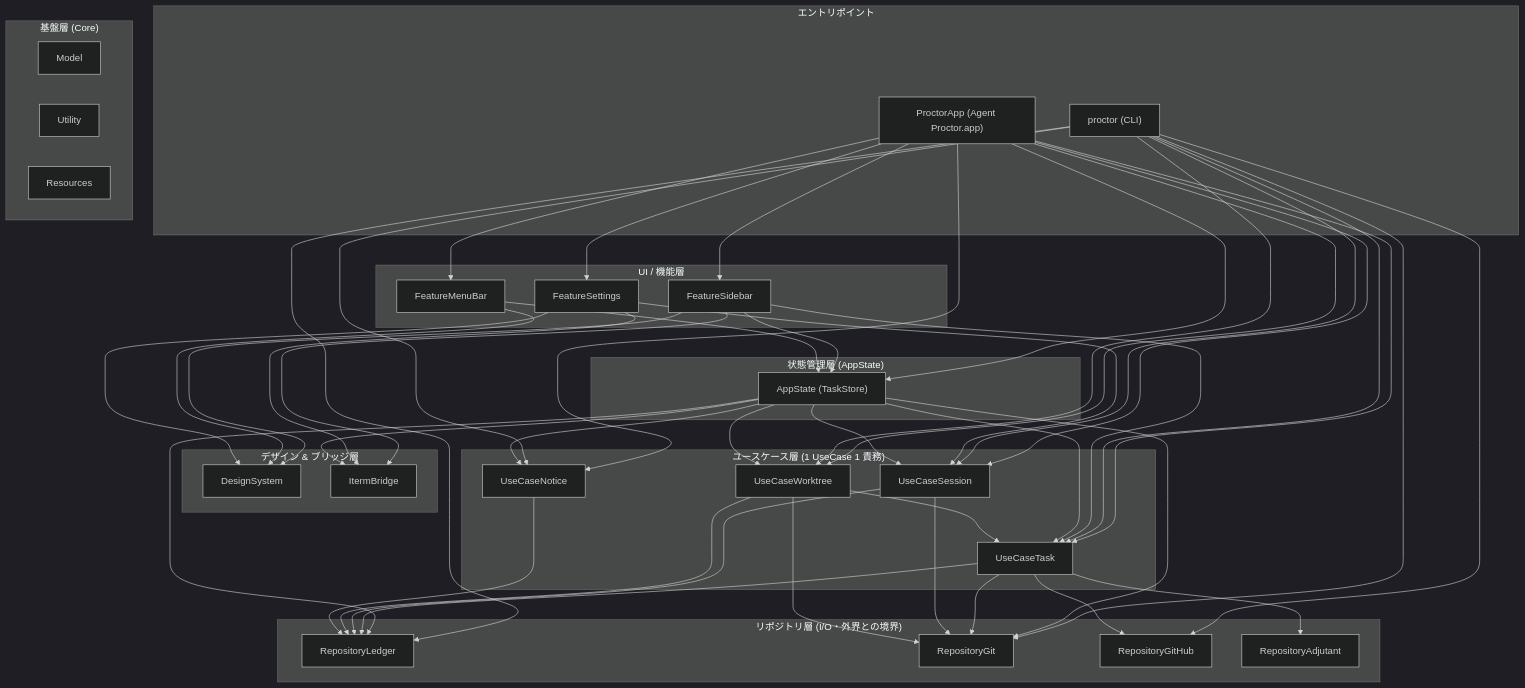
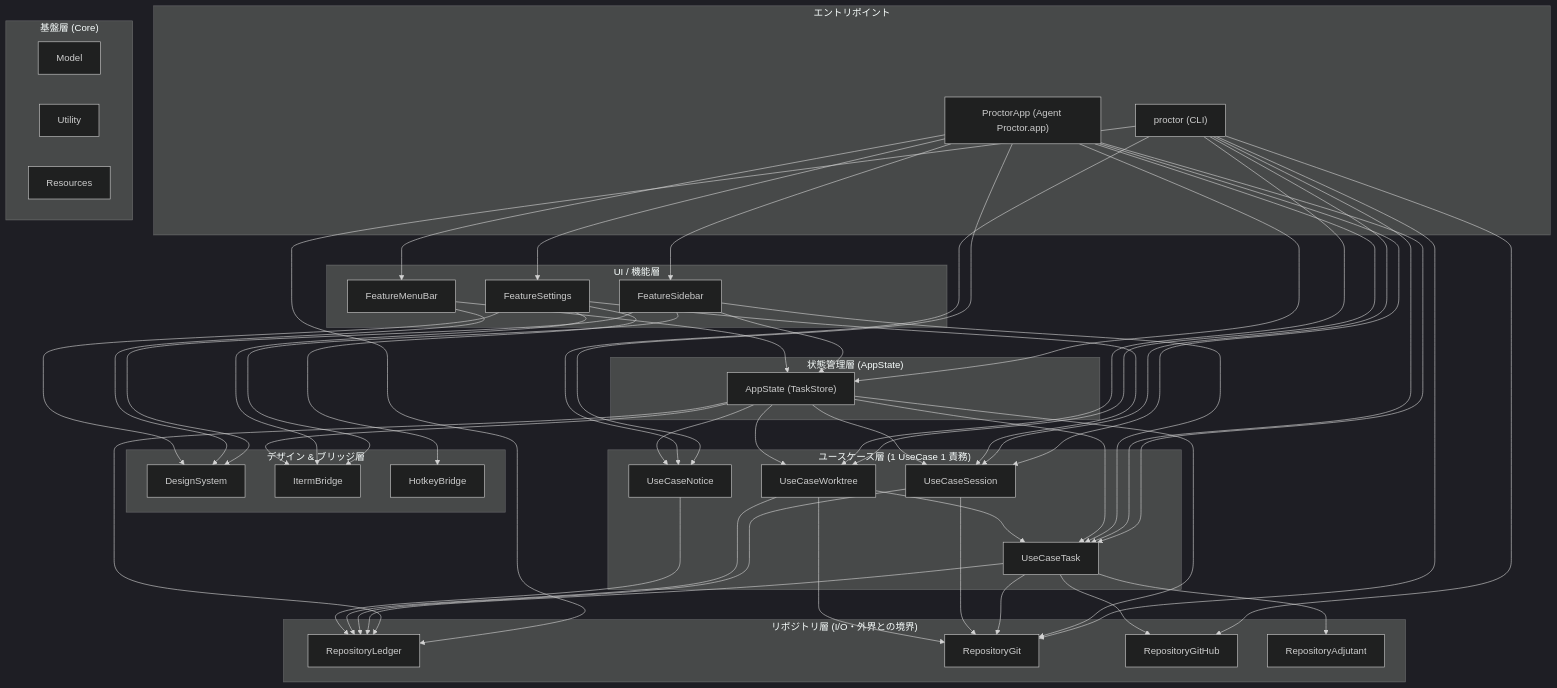
One commit to syarihu/agent-proctor changed the diagram in docs/architecture.ja.md. Above: the diagram before and after it, drawn with Mermaid (dark theme). The commit also changed other lines of this file and 13 other files, not shown here.

```diff
--- a/docs/architecture.ja.md
+++ b/docs/architecture.ja.md
@@ -29,6 +29,7 @@
     subgraph Bridges["デザイン & ブリッジ層"]
         DesignSystem["DesignSystem"]
         ItermBridge["ItermBridge"]
+        HotkeyBridge["HotkeyBridge"]
     end
 
     subgraph UseCases["ユースケース層 (1 UseCase 1 責務)"]
@@ -79,6 +80,7 @@
     FeatureSettings --> DesignSystem
     FeatureSettings --> UseCaseSession
     FeatureSettings --> ItermBridge
+    FeatureSettings --> HotkeyBridge
 
     AppState --> UseCaseTask
     AppState --> UseCaseSession
```
